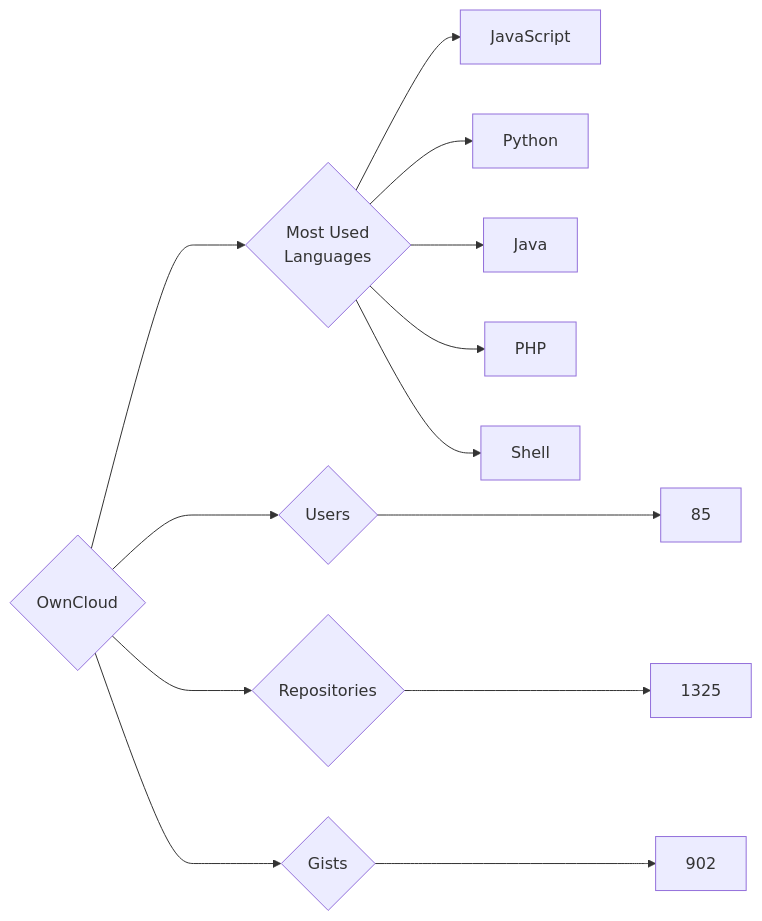
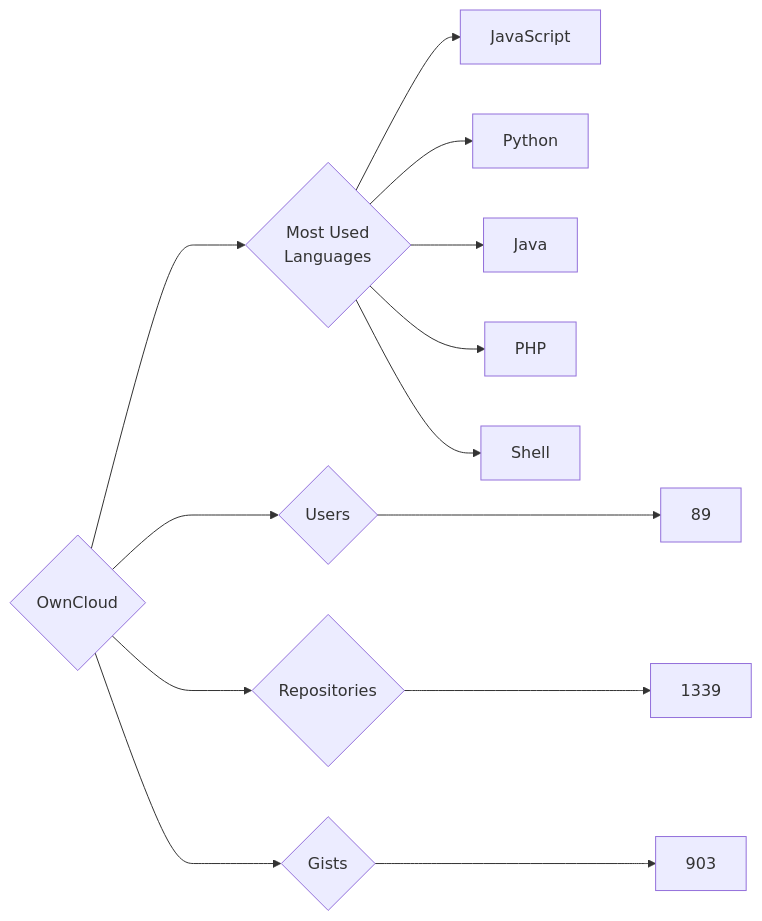
One commit to trickest/insiders changed the diagram in targets/OwnCloud/README.md. Above: the diagram before and after it, drawn with Mermaid. The commit also changed 1011 other files, not shown here.

````diff
--- a/targets/OwnCloud/README.md
+++ b/targets/OwnCloud/README.md
@@ -3,13 +3,13 @@
 ```mermaid
 graph LR
 COMPANY_NAME{OwnCloud}
-COMPANY_NAME ---> U{Users} ---> UN[85]
-COMPANY_NAME ---> R{Repositories} ---> RN[1325]
-COMPANY_NAME ---> G{Gists} ---> GN[902]
+COMPANY_NAME ---> U{Users} ---> UN[89]
+COMPANY_NAME ---> R{Repositories} ---> RN[1339]
+COMPANY_NAME ---> G{Gists} ---> GN[903]
 COMPANY_NAME ---> ML{Most Used<br>Languages}
 ML --> JavaScript[JavaScript]
 ML --> Python[Python]
 ML --> Java[Java]
 ML --> PHP[PHP]
 ML --> Shell[Shell]
 ```
````
